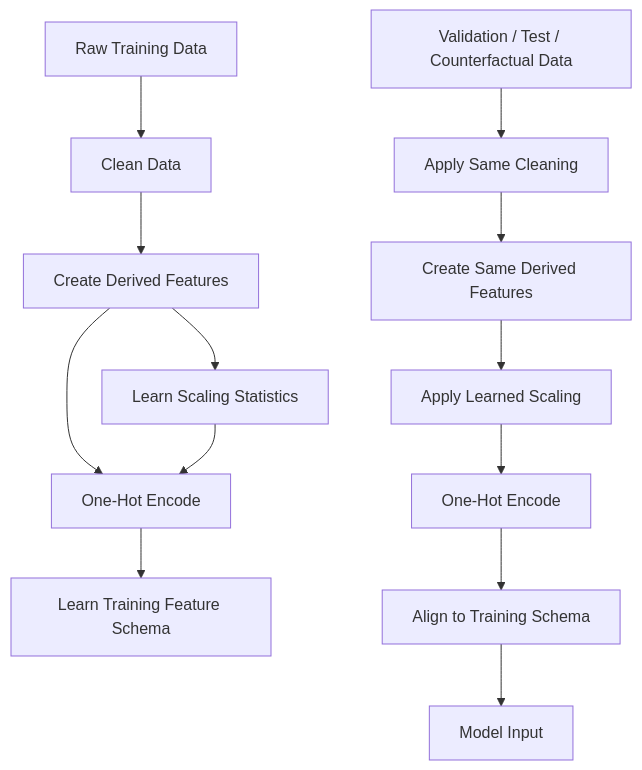
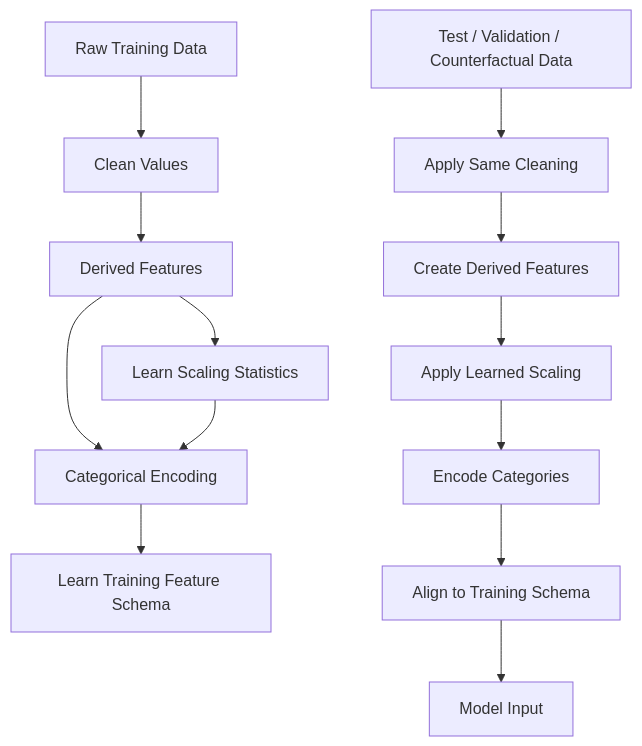
Before and after one commit to rodrick-mpofu/counterdistill: the second of 4 diagrams in README.md, drawn with Mermaid. The commit also changed other lines of this file, not shown here.

Commit message:
docs: update project architecture and reproducibility guide

````diff
--- a/README.md
+++ b/README.md
@@ -193,17 +150,16 @@
 ```mermaid
 flowchart TD
-    A[Raw Training Data] --> B[Clean Data]
-    B --> C[Create Derived Features]
+    A[Raw Training Data] --> B[Clean Values]
+    B --> C[Derived Features]
     C --> D[Learn Scaling Statistics]
-    C --> E[One-Hot Encode]
+    C --> E[Categorical Encoding]
     D --> E
-
     E --> F[Learn Training Feature Schema]
 
-    G[Validation / Test / Counterfactual Data] --> H[Apply Same Cleaning]
-    H --> I[Create Same Derived Features]
+    G[Test / Validation / Counterfactual Data] --> H[Apply Same Cleaning]
+    H --> I[Create Derived Features]
     I --> J[Apply Learned Scaling]
-    J --> K[One-Hot Encode]
+    J --> K[Encode Categories]
     K --> L[Align to Training Schema]
     L --> M[Model Input]
 ```
````
